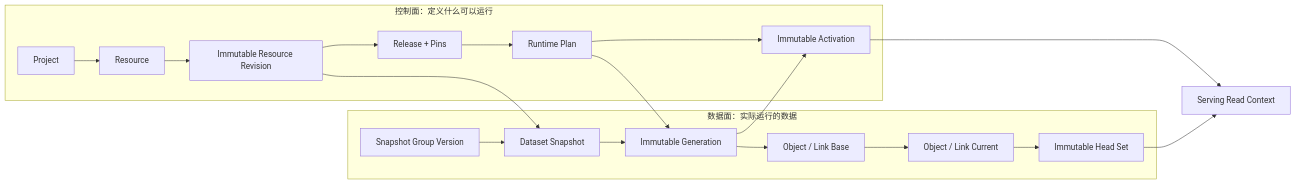
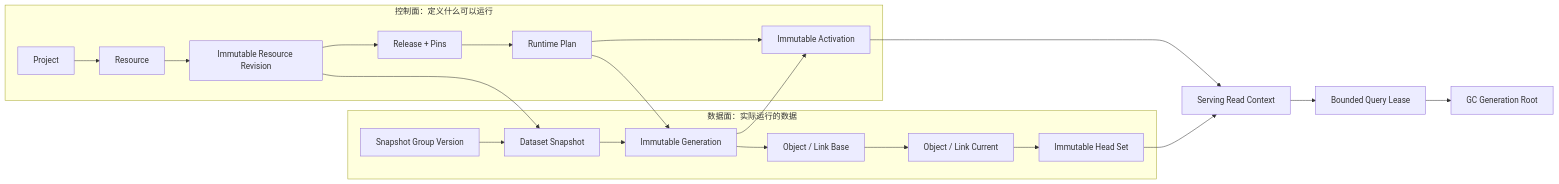
Before and after one commit to wyd-git/ontos: the first of 4 diagrams in docs/architecture/core-database-design.md, drawn with Mermaid. The commit also changed other lines of this file and 32 other files, not shown here.

First line of the commit message:
G2-03-03: persist query policy and query lease boundary (#52)

````diff
--- a/docs/architecture/core-database-design.md
+++ b/docs/architecture/core-database-design.md
@@ -58,24 +60,26 @@
 ```mermaid
 flowchart LR
   subgraph CONTROL["控制面：定义什么可以运行"]
     P["Project"] --> R["Resource"]
     R --> RV["Immutable Resource Revision"]
     RV --> REL["Release + Pins"]
     REL --> RP["Runtime Plan"]
     RP --> ACT["Immutable Activation"]
   end
 
   subgraph DATA["数据面：实际运行的数据"]
     SG["Snapshot Group Version"] --> SNAP["Dataset Snapshot"]
     SNAP --> GEN["Immutable Generation"]
     GEN --> BASE["Object / Link Base"]
     BASE --> CUR["Object / Link Current"]
     CUR --> HS["Immutable Head Set"]
   end
 
   RV --> SNAP
   RP --> GEN
   GEN --> ACT
   ACT --> SERVE["Serving Read Context"]
   HS --> SERVE
+  SERVE --> QL["Bounded Query Lease"]
+  QL --> GC["GC Generation Root"]
 ```
````
